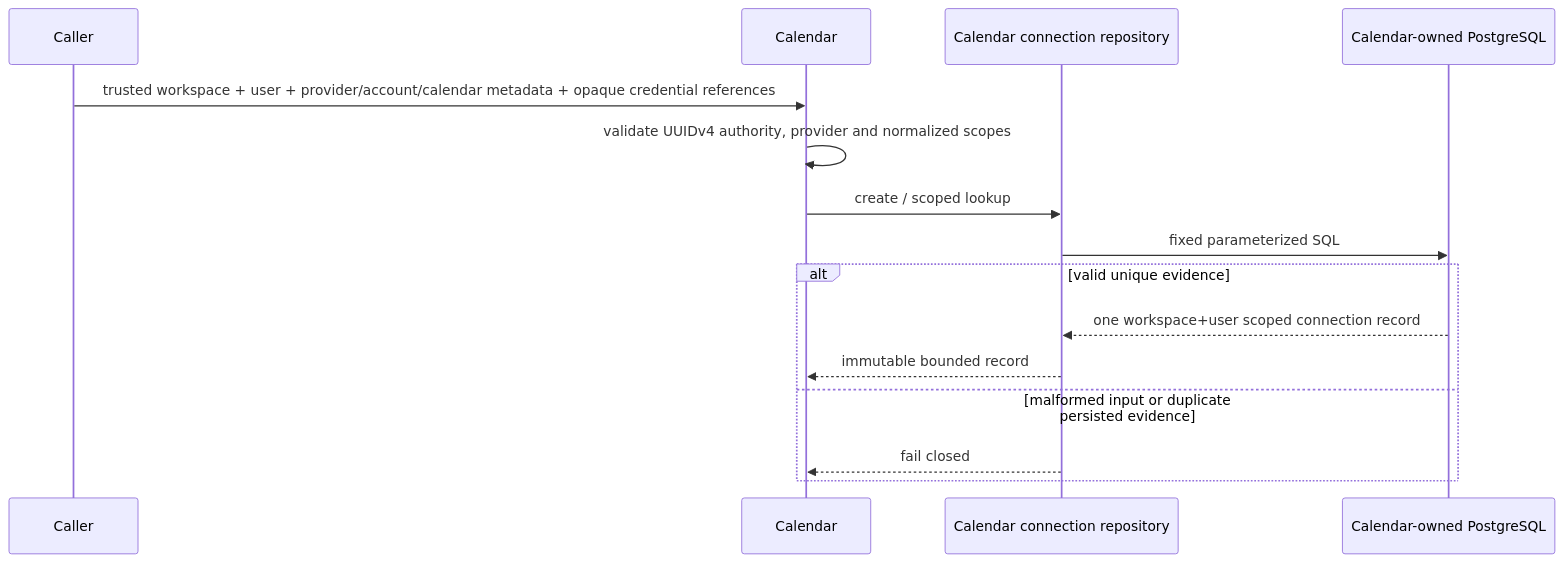
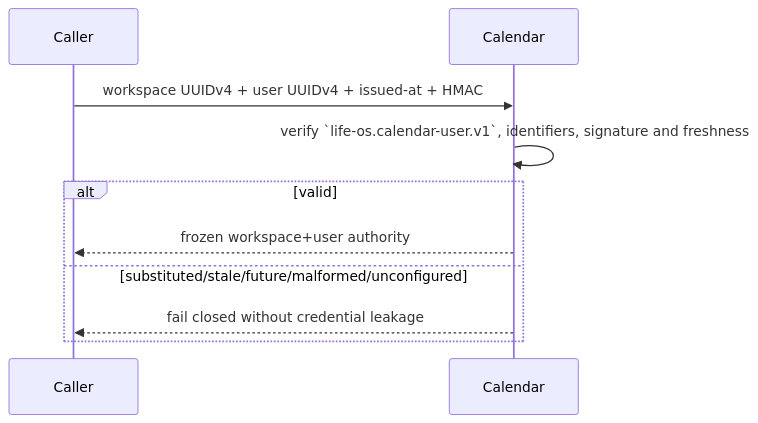
One commit to ContextualWisdomLab/life-os changed the seventh of 14 diagrams in docs/UML.md. Above: the diagram before and after it, drawn with Mermaid. The commit also changed other lines of this file, not shown here.

Commit message:
docs(uml): reconcile current integration and verification flows

````diff
--- a/docs/UML.md
+++ b/docs/UML.md
@@ -121,18 +118,12 @@
 ```mermaid
 sequenceDiagram
     participant Caller
     participant Calendar
-    participant Repo as Calendar connection repository
-    participant Pg as Calendar-owned PostgreSQL
-
-    Caller->>Calendar: trusted workspace + user + provider/account/calendar metadata + opaque credential references
-    Calendar->>Calendar: validate UUIDv4 authority, provider and normalized scopes
-    Calendar->>Repo: create / scoped lookup
-    Repo->>Pg: fixed parameterized SQL
-    alt valid unique evidence
-        Pg-->>Repo: one workspace+user scoped connection record
-        Repo-->>Calendar: immutable bounded record
-    else malformed input or duplicate persisted evidence
-        Repo-->>Calendar: fail closed
+    Caller->>Calendar: workspace UUIDv4 + user UUIDv4 + issued-at + HMAC
+    Calendar->>Calendar: verify `life-os.calendar-user.v1`, identifiers, signature and freshness
+    alt valid
+      Calendar-->>Caller: frozen workspace+user authority
+    else substituted/stale/future/malformed/unconfigured
+      Calendar-->>Caller: fail closed without credential leakage
     end
 ```
````
